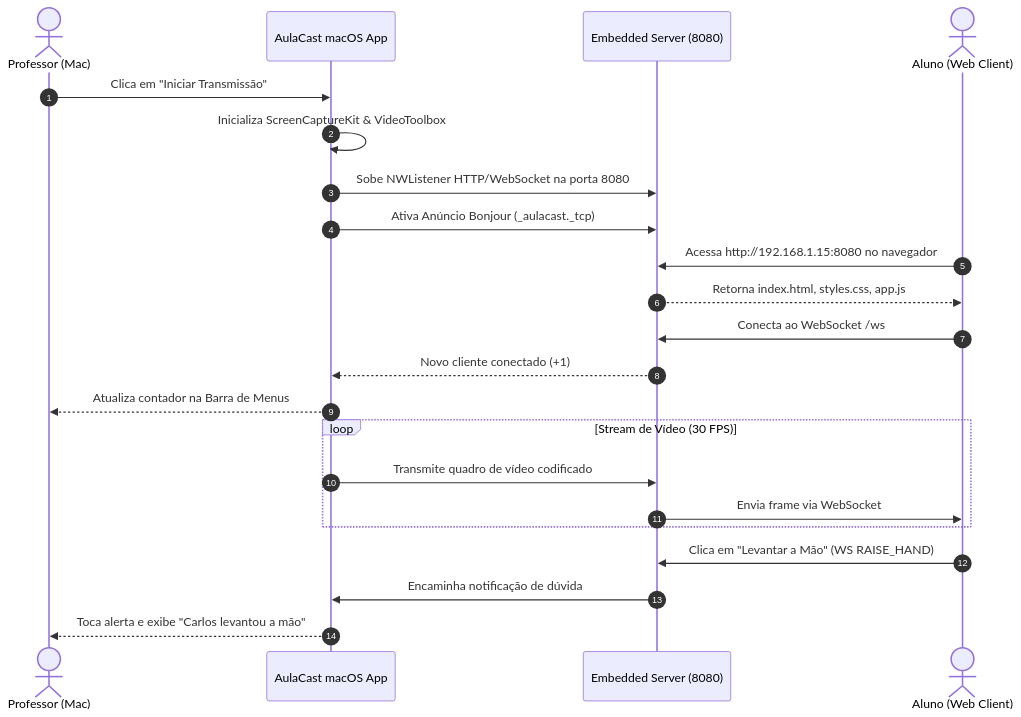
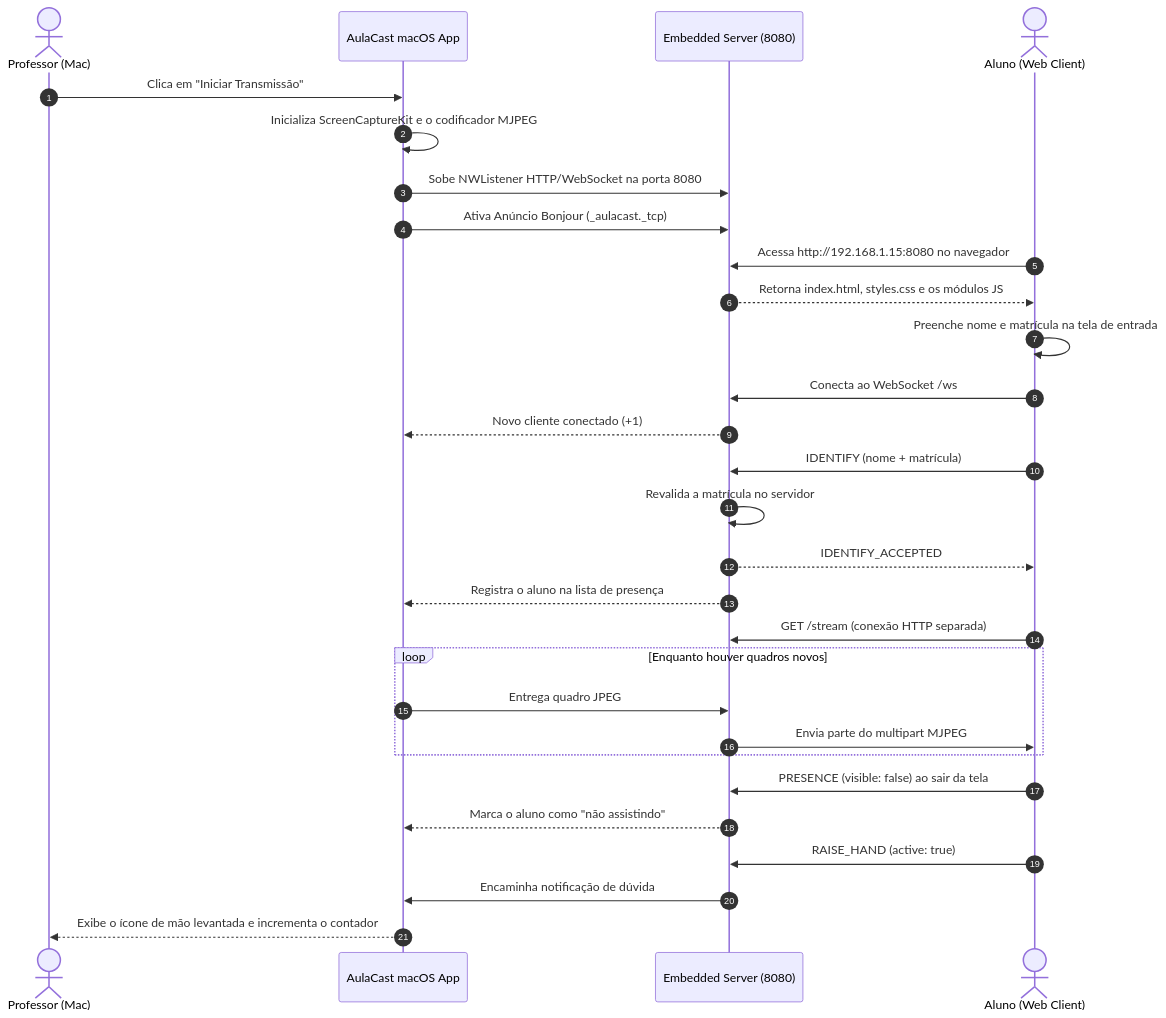
One commit to watusalen/aulacast changed the second of 2 diagrams in docs/04-arquitetura-e-design.md. Above: the diagram before and after it, drawn with Mermaid. The commit also changed other lines of this file and 3 other files, not shown here.

````diff
--- a/docs/04-arquitetura-e-design.md
+++ b/docs/04-arquitetura-e-design.md
@@ -121,28 +150,36 @@
 ```mermaid
 sequenceDiagram
     autonumber
     actor Prof as Professor (Mac)
     participant App as AulaCast macOS App
     participant Net as Embedded Server (8080)
     actor Aluno as Aluno (Web Client)
 
     Prof->>App: Clica em "Iniciar Transmissão"
-    App->>App: Inicializa ScreenCaptureKit & VideoToolbox
+    App->>App: Inicializa ScreenCaptureKit e o codificador MJPEG
     App->>Net: Sobe NWListener HTTP/WebSocket na porta 8080
     App->>Net: Ativa Anúncio Bonjour (_aulacast._tcp)
-    
+
     Aluno->>Net: Acessa http://192.168.1.15:8080 no navegador
-    Net-->>Aluno: Retorna index.html, styles.css, app.js
+    Net-->>Aluno: Retorna index.html, styles.css e os módulos JS
+    Aluno->>Aluno: Preenche nome e matrícula na tela de entrada
     Aluno->>Net: Conecta ao WebSocket /ws
     Net-->>App: Novo cliente conectado (+1)
-    App-->>Prof: Atualiza contador na Barra de Menus
-    
-    loop Stream de Vídeo (30 FPS)
-        App->>Net: Transmite quadro de vídeo codificado
-        Net->>Aluno: Envia frame via WebSocket
+    Aluno->>Net: IDENTIFY (nome + matrícula)
+    Net->>Net: Revalida a matrícula no servidor
+    Net-->>Aluno: IDENTIFY_ACCEPTED
+    Net-->>App: Registra o aluno na lista de presença
+
+    Aluno->>Net: GET /stream (conexão HTTP separada)
+    loop Enquanto houver quadros novos
+        App->>Net: Entrega quadro JPEG
+        Net->>Aluno: Envia parte do multipart MJPEG
     end
 
-    Aluno->>Net: Clica em "Levantar a Mão" (WS RAISE_HAND)
+    Aluno->>Net: PRESENCE (visible: false) ao sair da tela
+    Net-->>App: Marca o aluno como "não assistindo"
+
+    Aluno->>Net: RAISE_HAND (active: true)
     Net->>App: Encaminha notificação de dúvida
-    App-->>Prof: Toca alerta e exibe "Carlos levantou a mão"
+    App-->>Prof: Exibe o ícone de mão levantada e incrementa o contador
 ```
````
